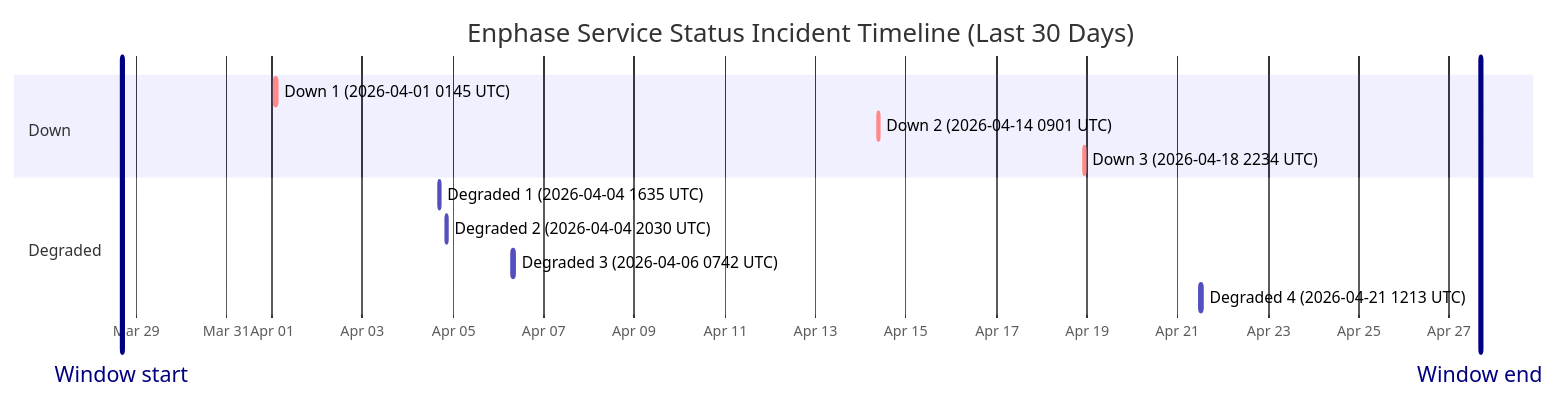
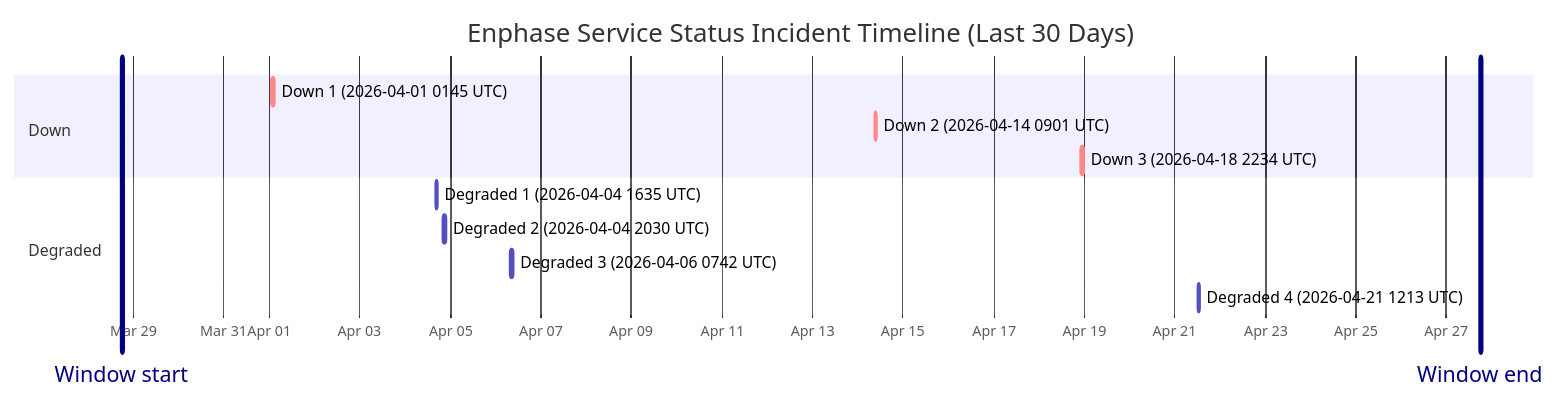
Before and after one commit to barneyonline/ha-enphase-ev-charger: the diagram in wiki/Service-Status-History.md, drawn with Mermaid. The commit also changed other lines of this file and 3 other files, not shown here.

````diff
--- a/wiki/Service-Status-History.md
+++ b/wiki/Service-Status-History.md
@@ -14,17 +14,17 @@
 ```mermaid
 gantt
     title Enphase Service Status Incident Timeline (Last 30 Days)
     dateFormat  YYYY-MM-DDTHH:mm:ss
     axisFormat  %b %d
-    Window start :vert, window-start, 2026-03-28T16:25:54, 0ms
-    Window end :vert, window-end, 2026-04-27T16:25:54, 0ms
+    Window start :vert, window-start, 2026-03-28T17:49:01, 0ms
+    Window end :vert, window-end, 2026-04-27T17:49:01, 0ms
     section Down
     Down 1 (2026-04-01 0145 UTC) :crit, down-1, 2026-04-01T01:45:09, 60m
     Down 2 (2026-04-14 0901 UTC) :crit, down-2, 2026-04-14T09:01:13, 60m
     Down 3 (2026-04-18 2234 UTC) :crit, down-3, 2026-04-18T22:34:13, 60m
     section Degraded
     Degraded 1 (2026-04-04 1635 UTC) :active, degraded-1, 2026-04-04T16:35:17, 60m
     Degraded 2 (2026-04-04 2030 UTC) :active, degraded-2, 2026-04-04T20:30:40, 60m
     Degraded 3 (2026-04-06 0742 UTC) :active, degraded-3, 2026-04-06T07:42:09, 85m
     Degraded 4 (2026-04-21 1213 UTC) :active, degraded-4, 2026-04-21T12:13:11, 60m
 ```
````
